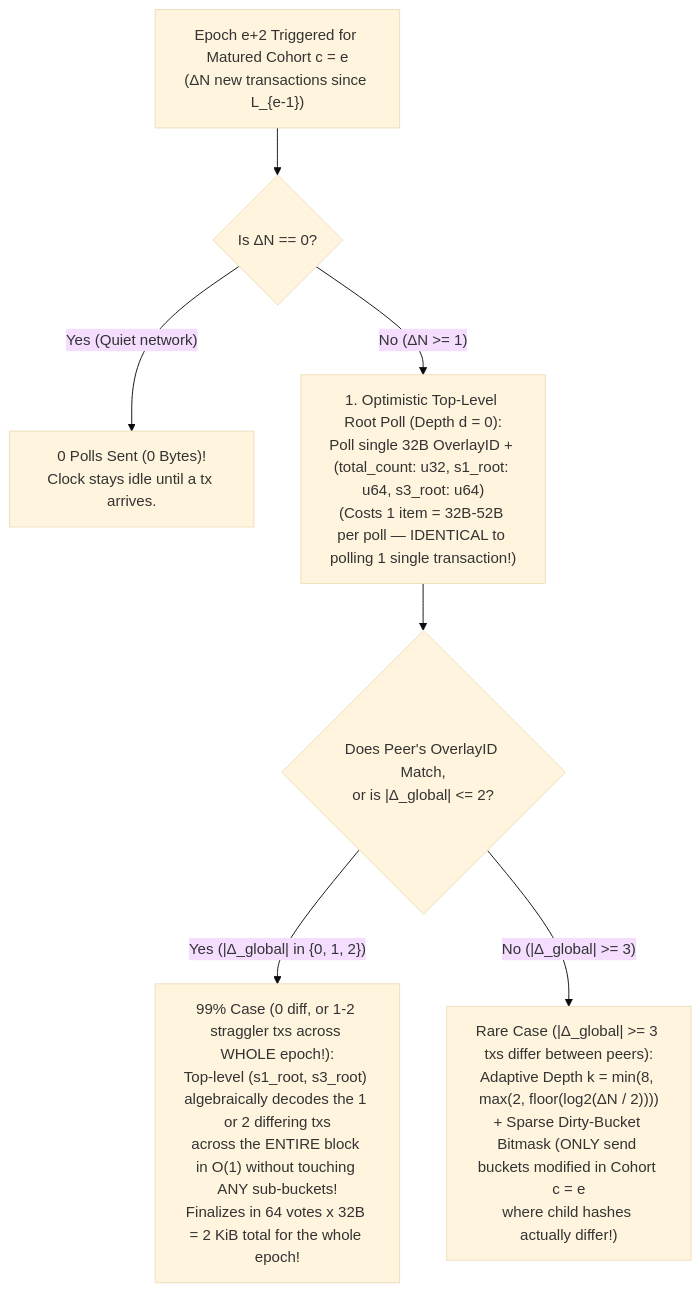
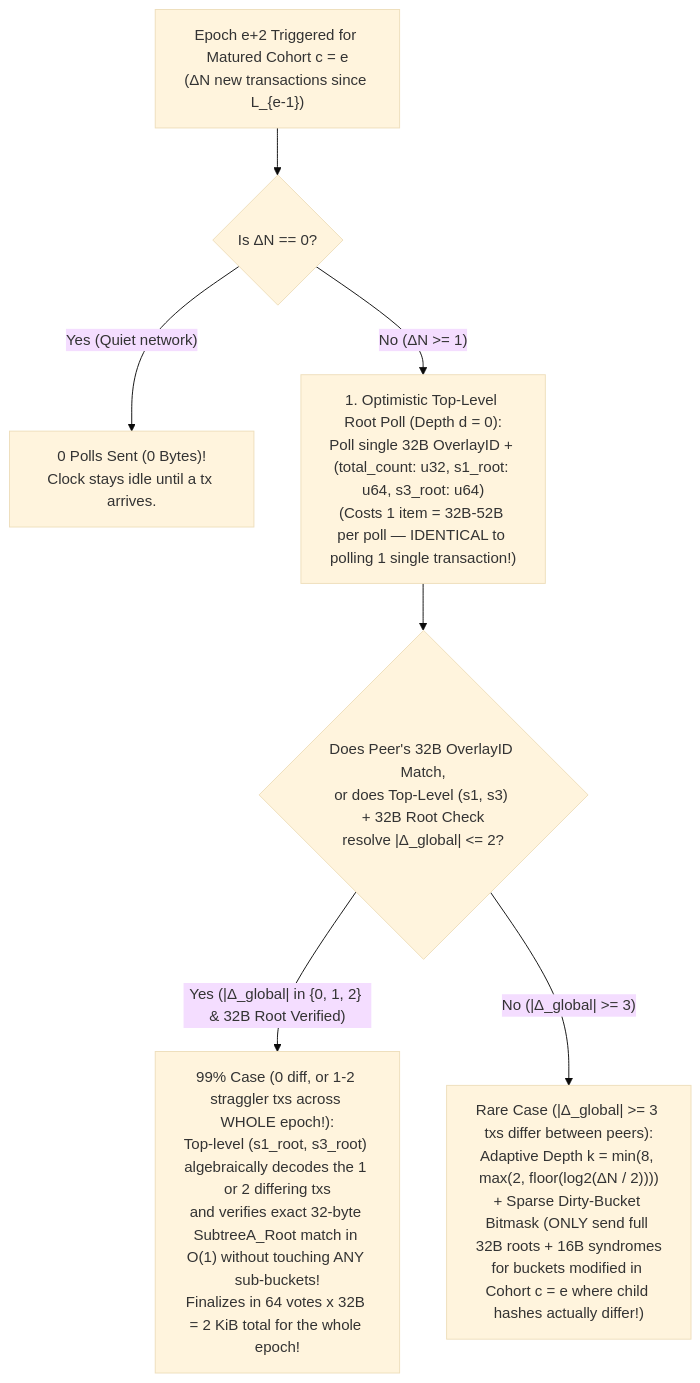
One commit to givelotus/lotus changed the second of 9 diagrams in docs/plans/lotus-v2-bulk-preconsensus-and-mempool-overlays.md. Above: the diagram before and after it, drawn with Mermaid (base theme). The commit also changed other lines of this file, not shown here.

````diff
--- a/docs/plans/lotus-v2-bulk-preconsensus-and-mempool-overlays.md
+++ b/docs/plans/lotus-v2-bulk-preconsensus-and-mempool-overlays.md
@@ -163,20 +174,20 @@
 ```mermaid
 flowchart TD
     Start["Epoch e+2 Triggered for Matured Cohort c = e<br/>(ΔN new transactions since L_{e-1})"]
     CheckZero{"Is ΔN == 0?"}
     ZeroIdle["0 Polls Sent (0 Bytes)!<br/>Clock stays idle until a tx arrives."]
 
     RootPoll["1. Optimistic Top-Level Root Poll (Depth d = 0):<br/>Poll single 32B OverlayID + (total_count: u32, s1_root: u64, s3_root: u64)<br/>(Costs 1 item = 32B-52B per poll — IDENTICAL to polling 1 single transaction!)"]
 
-    MatchCheck{"Does Peer's OverlayID Match,<br/>or is |Δ_global| <= 2?"}
-    FastFinal["99% Case (0 diff, or 1-2 straggler txs across WHOLE epoch!):<br/>Top-level (s1_root, s3_root) algebraically decodes the 1 or 2 differing txs<br/>across the ENTIRE block in O(1) without touching ANY sub-buckets!<br/>Finalizes in 64 votes x 32B = 2 KiB total for the whole epoch!"]
+    MatchCheck{"Does Peer's 32B OverlayID Match,<br/>or does Top-Level (s1, s3) + 32B Root Check<br/>resolve |Δ_global| <= 2?"}
+    FastFinal["99% Case (0 diff, or 1-2 straggler txs across WHOLE epoch!):<br/>Top-level (s1_root, s3_root) algebraically decodes the 1 or 2 differing txs<br/>and verifies exact 32-byte SubtreeA_Root match in O(1) without touching ANY sub-buckets!<br/>Finalizes in 64 votes x 32B = 2 KiB total for the whole epoch!"]
 
-    SubtreeDrill["Rare Case (|Δ_global| >= 3 txs differ between peers):<br/>Adaptive Depth k = min(8, max(2, floor(log2(ΔN / 2))))<br/>+ Sparse Dirty-Bucket Bitmask (ONLY send buckets modified in Cohort c = e<br/>where child hashes actually differ!)"]
+    SubtreeDrill["Rare Case (|Δ_global| >= 3 txs differ between peers):<br/>Adaptive Depth k = min(8, max(2, floor(log2(ΔN / 2))))<br/>+ Sparse Dirty-Bucket Bitmask (ONLY send full 32B roots + 16B syndromes<br/>for buckets modified in Cohort c = e where child hashes actually differ!)"]
 
     Start --> CheckZero
     CheckZero -->|"Yes (Quiet network)"| ZeroIdle
     CheckZero -->|"No (ΔN >= 1)"| RootPoll
     RootPoll --> MatchCheck
-    MatchCheck -->|"Yes (|Δ_global| in {0, 1, 2})"| FastFinal
+    MatchCheck -->|"Yes (|Δ_global| in {0, 1, 2} & 32B Root Verified)"| FastFinal
     MatchCheck -->|"No (|Δ_global| >= 3)"| SubtreeDrill
 ```
````
